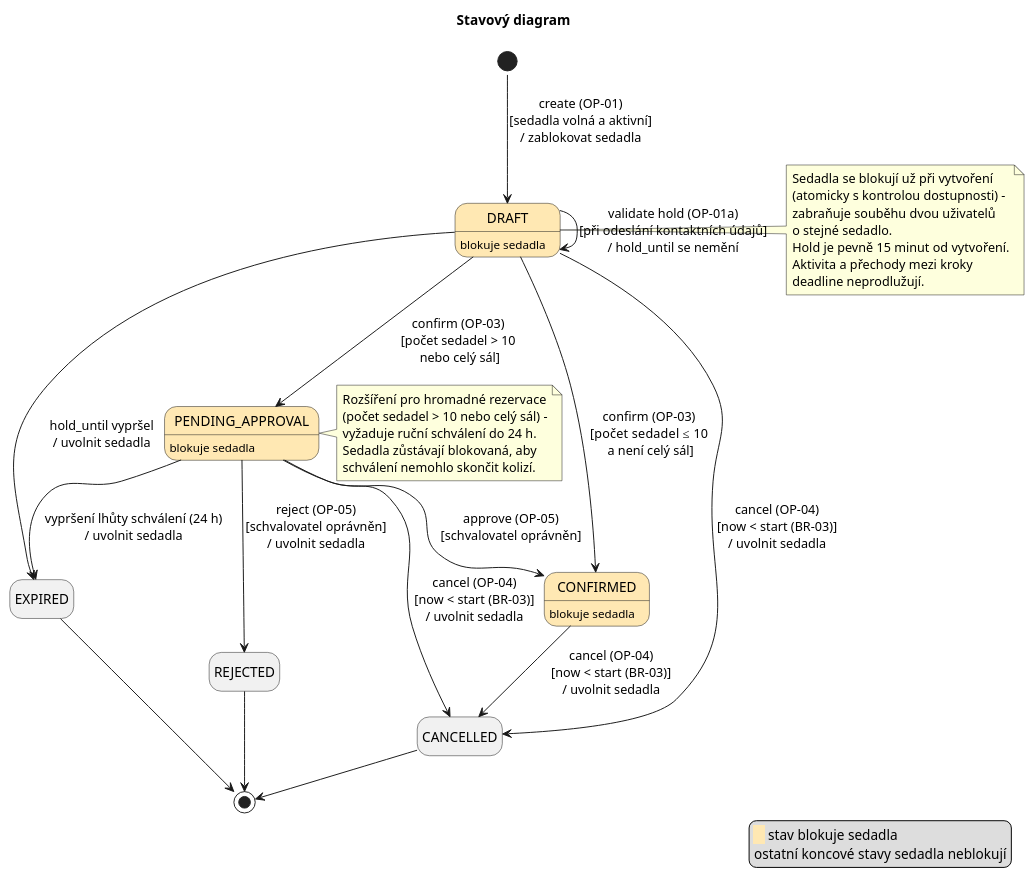
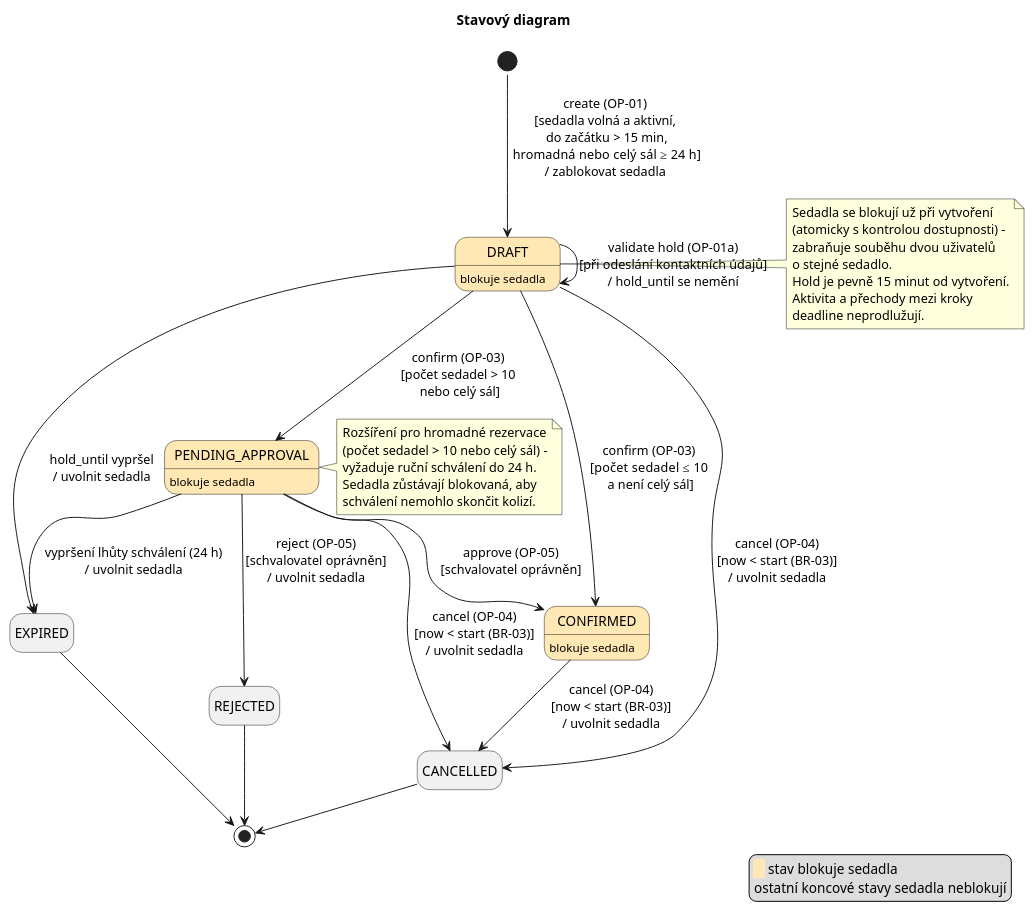
One commit to jn-flk/SWI changed the diagram in docs/diagrams/c02/state.puml. Above: the diagram before and after it, drawn with PlantUML. The commit also changed 10 other files, not shown here.

Commit message:
diagrams and dd changes (create_reservation)

```diff
--- a/docs/diagrams/c02/state.puml
+++ b/docs/diagrams/c02/state.puml
@@ -1,54 +1,54 @@
 @startuml
 !pragma layout smetana
 title Stavový diagram
 hide empty description
 
 state DRAFT #FFE8B3 : blokuje sedadla
 state PENDING_APPROVAL #FFE8B3 : blokuje sedadla
 state CONFIRMED #FFE8B3 : blokuje sedadla
 state REJECTED
 state EXPIRED
 state CANCELLED
 
-[*] --> DRAFT : create (OP-01)\n[sedadla volná a aktivní]\n/ zablokovat sedadla
+[*] --> DRAFT : create (OP-01)\n[sedadla volná a aktivní,\n do začátku > 15 min,\n hromadná nebo celý sál ≥ 24 h]\n/ zablokovat sedadla
 
 DRAFT --> CONFIRMED : confirm (OP-03)\n[počet sedadel ≤ 10\n a není celý sál]
 DRAFT --> PENDING_APPROVAL : confirm (OP-03)\n[počet sedadel > 10\n nebo celý sál]
 DRAFT --> DRAFT : validate hold (OP-01a)\n[při odeslání kontaktních údajů]\n/ hold_until se nemění
 DRAFT --> CANCELLED : cancel (OP-04)\n[now < start (BR-03)]\n/ uvolnit sedadla
 DRAFT --> EXPIRED : hold_until vypršel\n/ uvolnit sedadla
 
 PENDING_APPROVAL --> CONFIRMED : approve (OP-05)\n[schvalovatel oprávněn]
 PENDING_APPROVAL --> REJECTED : reject (OP-05)\n[schvalovatel oprávněn]\n/ uvolnit sedadla
 PENDING_APPROVAL --> EXPIRED : vypršení lhůty schválení (24 h)\n/ uvolnit sedadla
 PENDING_APPROVAL --> CANCELLED : cancel (OP-04)\n[now < start (BR-03)]\n/ uvolnit sedadla
 
 CONFIRMED --> CANCELLED : cancel (OP-04)\n[now < start (BR-03)]\n/ uvolnit sedadla
 
 REJECTED --> [*]
 EXPIRED --> [*]
 CANCELLED --> [*]
 
 note right of DRAFT
   Sedadla se blokují už při vytvoření
   (atomicky s kontrolou dostupnosti) –
   zabraňuje souběhu dvou uživatelů
   o stejné sedadlo.
   Hold je pevně 15 minut od vytvoření.
   Aktivita a přechody mezi kroky
   deadline neprodlužují.
 end note
 
 note right of PENDING_APPROVAL
   Rozšíření pro hromadné rezervace
   (počet sedadel > 10 nebo celý sál) –
   vyžaduje ruční schválení do 24 h.
   Sedadla zůstávají blokovaná, aby
   schválení nemohlo skončit kolizí.
 end note
 
 legend right
   <back:#FFE8B3>   </back> stav blokuje sedadla
   ostatní koncové stavy sedadla neblokují
 endlegend
 @enduml
```
